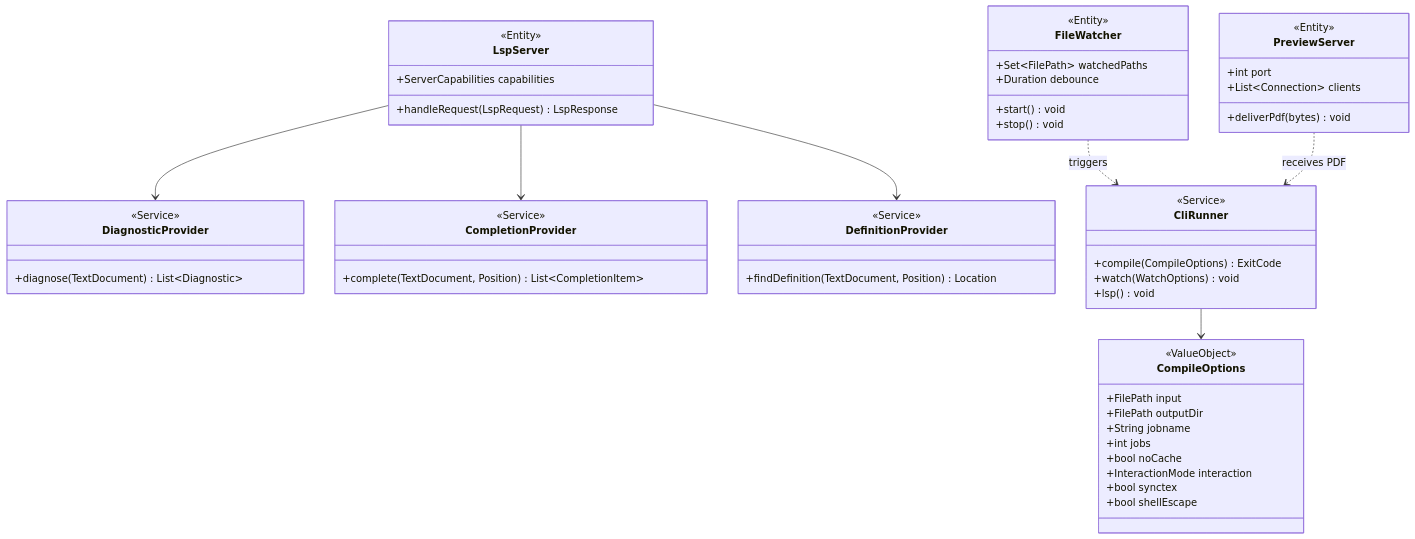
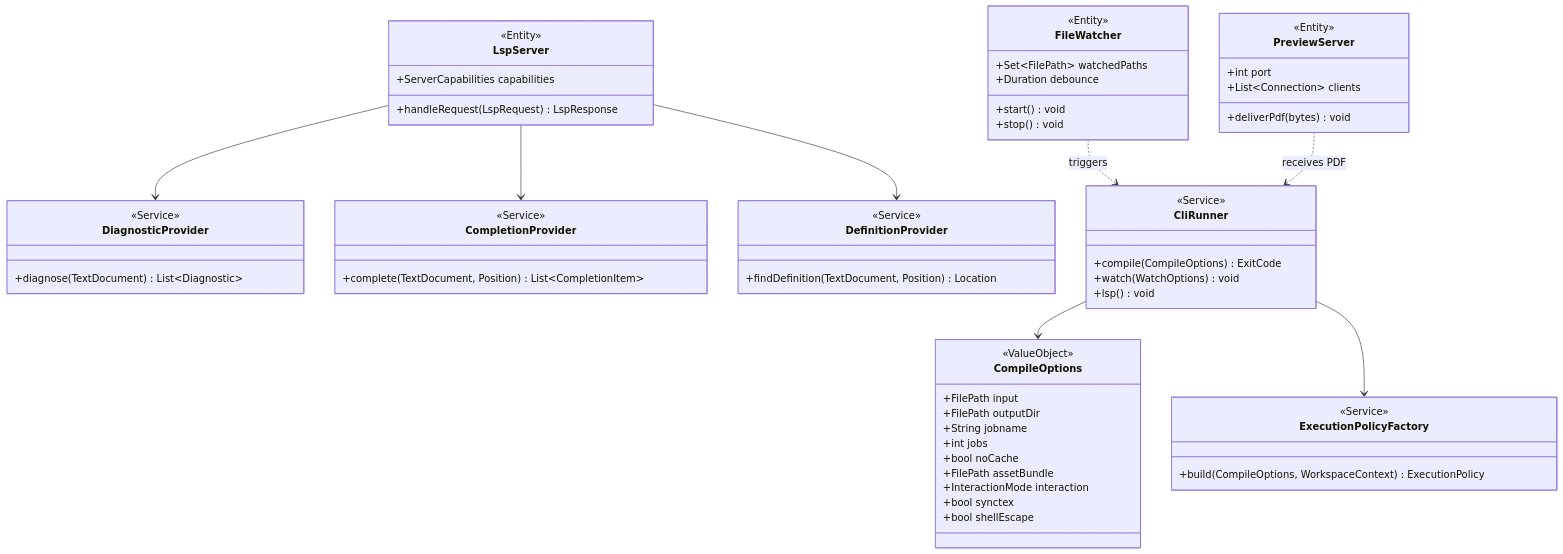
One commit to RK0429/ferritex changed the eighth of 11 diagrams in docs/domain_model.md. Above: the diagram before and after it, drawn with Mermaid. The commit also changed other lines of this file and 1 other file, not shown here.

````diff
--- a/docs/domain_model.md
+++ b/docs/domain_model.md
@@ -458,57 +640,63 @@
 ```mermaid
 classDiagram
     class LspServer {
         <<Entity>>
         +ServerCapabilities capabilities
         +handleRequest(LspRequest) LspResponse
     }
     class DiagnosticProvider {
         <<Service>>
         +diagnose(TextDocument) List~Diagnostic~
     }
     class CompletionProvider {
         <<Service>>
         +complete(TextDocument, Position) List~CompletionItem~
     }
     class DefinitionProvider {
         <<Service>>
         +findDefinition(TextDocument, Position) Location
     }
     class FileWatcher {
         <<Entity>>
         +Set~FilePath~ watchedPaths
         +Duration debounce
         +start() void
         +stop() void
     }
     class PreviewServer {
         <<Entity>>
         +int port
         +List~Connection~ clients
         +deliverPdf(bytes) void
     }
     class CliRunner {
         <<Service>>
         +compile(CompileOptions) ExitCode
         +watch(WatchOptions) void
         +lsp() void
     }
+    class ExecutionPolicyFactory {
+        <<Service>>
+        +build(CompileOptions, WorkspaceContext) ExecutionPolicy
+    }
     class CompileOptions {
         <<ValueObject>>
         +FilePath input
         +FilePath outputDir
         +String jobname
         +int jobs
         +bool noCache
+        +FilePath assetBundle
         +InteractionMode interaction
         +bool synctex
         +bool shellEscape
     }
 
     LspServer --> DiagnosticProvider
     LspServer --> CompletionProvider
     LspServer --> DefinitionProvider
     FileWatcher ..> CliRunner : triggers
     PreviewServer ..> CliRunner : receives PDF
     CliRunner --> CompileOptions
+    CliRunner --> ExecutionPolicyFactory
 ```
````
